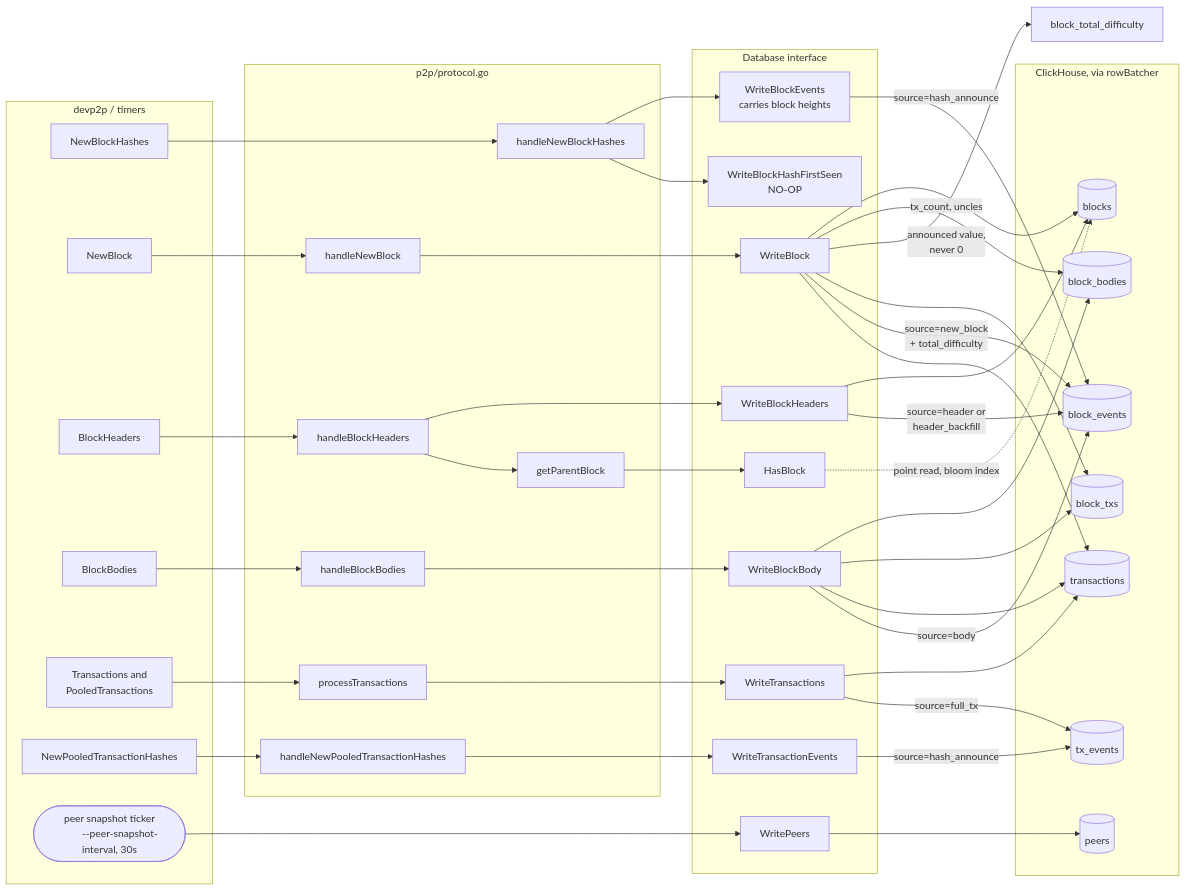
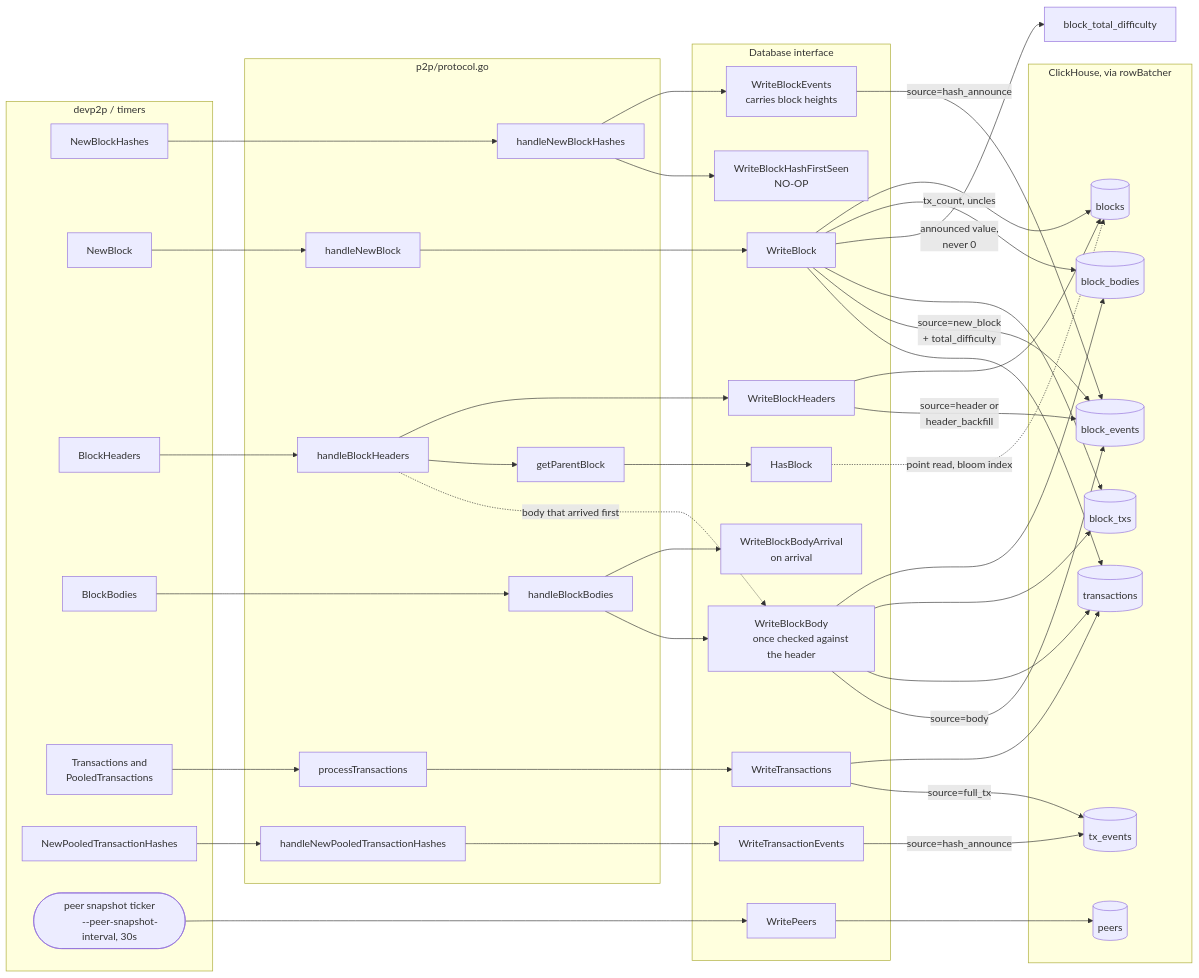
Before and after one commit to 0xPolygon/polygon-cli: the third of 3 diagrams in cmd/p2p/sensor/clickhouse.md, drawn with Mermaid. The commit also changed other lines of this file and 27 other files, not shown here.

```diff
--- a/cmd/p2p/sensor/clickhouse.md
+++ b/cmd/p2p/sensor/clickhouse.md
@@ -368,7 +366,10 @@
         NO-OP"]
         A2[WriteBlock]
         A3[WriteBlockHeaders]
-        A4[WriteBlockBody]
+        A4a["WriteBlockBodyArrival
+        on arrival"]
+        A4["WriteBlockBody
+        once checked against the header"]
         A5[WriteTransactions]
         A6[WriteTransactionEvents]
         A7[WritePeers]
@@ -398,6 +399,8 @@
     H2 --> A2
     H3 --> A3
     H3 --> H7
+    H3 -. "body that arrived first" .-> A4
+    H4 --> A4a
     H4 --> A4
     H5 --> A5
     H6 --> A6
```
